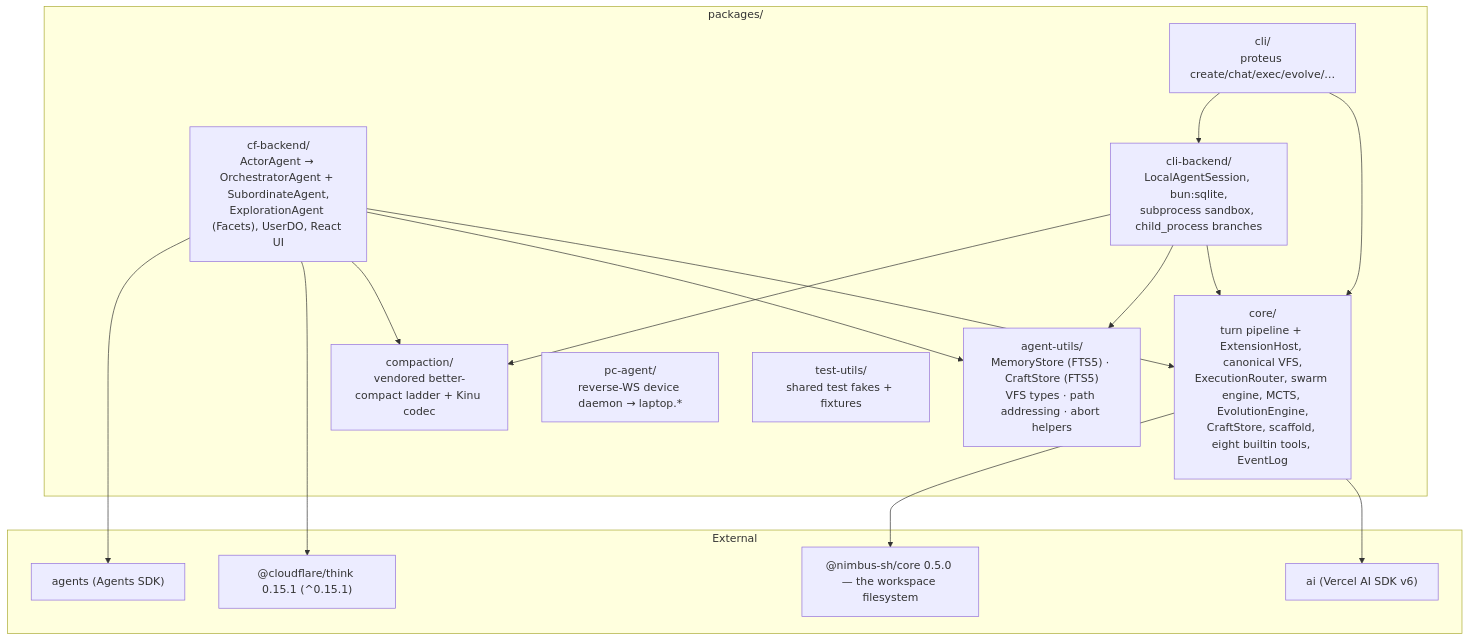
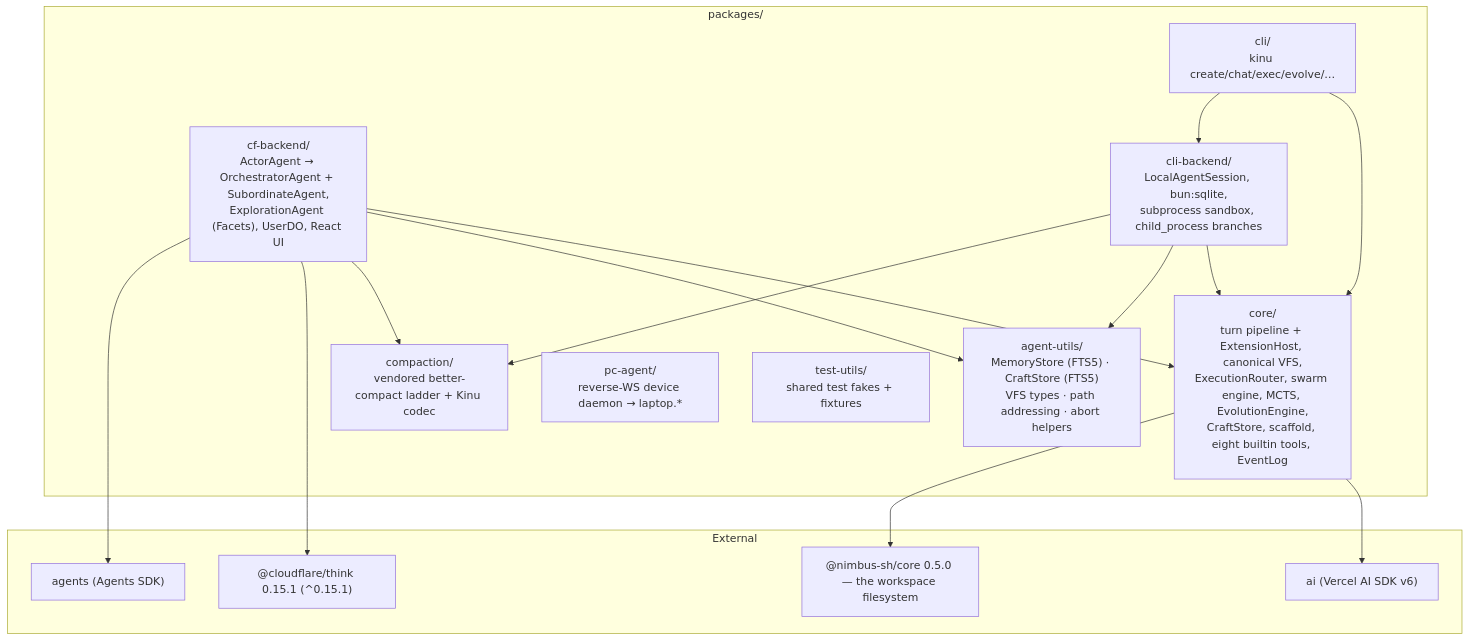
One commit to AshishKumar4/Proteus changed the fifth of 5 diagrams in docs/ARCHITECTURE.md. Above: the diagram before and after it, drawn with Mermaid. The commit also changed other lines of this file and 131 other files, not shown here.

````diff
--- a/docs/ARCHITECTURE.md
+++ b/docs/ARCHITECTURE.md
@@ -402,34 +402,34 @@
 ```mermaid
 graph TB
     subgraph pkgs["packages/"]
         Core["core/<br/>turn pipeline + ExtensionHost, canonical VFS,<br/>ExecutionRouter, swarm engine, MCTS, EvolutionEngine,<br/>CraftStore, scaffold, eight builtin tools, EventLog"]
         Utils["agent-utils/<br/>MemoryStore (FTS5) · CraftStore (FTS5)<br/>VFS types · path addressing · abort helpers"]
         Compact["compaction/<br/>vendored better-compact ladder + Kinu codec"]
         CF["cf-backend/<br/>ActorAgent → OrchestratorAgent + SubordinateAgent,<br/>ExplorationAgent (Facets), UserDO, React UI"]
-        CLI["cli/<br/>proteus create/chat/exec/evolve/…"]
+        CLI["cli/<br/>kinu create/chat/exec/evolve/…"]
         CLIB["cli-backend/<br/>LocalAgentSession, bun:sqlite,<br/>subprocess sandbox, child_process branches"]
         PC["pc-agent/<br/>reverse-WS device daemon → laptop.*"]
         TU["test-utils/<br/>shared test fakes + fixtures"]
     end
 
     CF --> Core
     CF --> Utils
     CF --> Compact
     CLI --> Core
     CLI --> CLIB
     CLIB --> Core
     CLIB --> Utils
     CLIB --> Compact
 
     subgraph ext["External"]
         Think["@cloudflare/think 0.15.1 (^0.15.1)"]
         Agents["agents (Agents SDK)"]
         AISDK["ai (Vercel AI SDK v6)"]
         Nimbus["@nimbus-sh/core 0.5.0 — the workspace filesystem"]
     end
 
     CF --> Think
     CF --> Agents
     Core --> AISDK
     Core --> Nimbus
 ```
````
